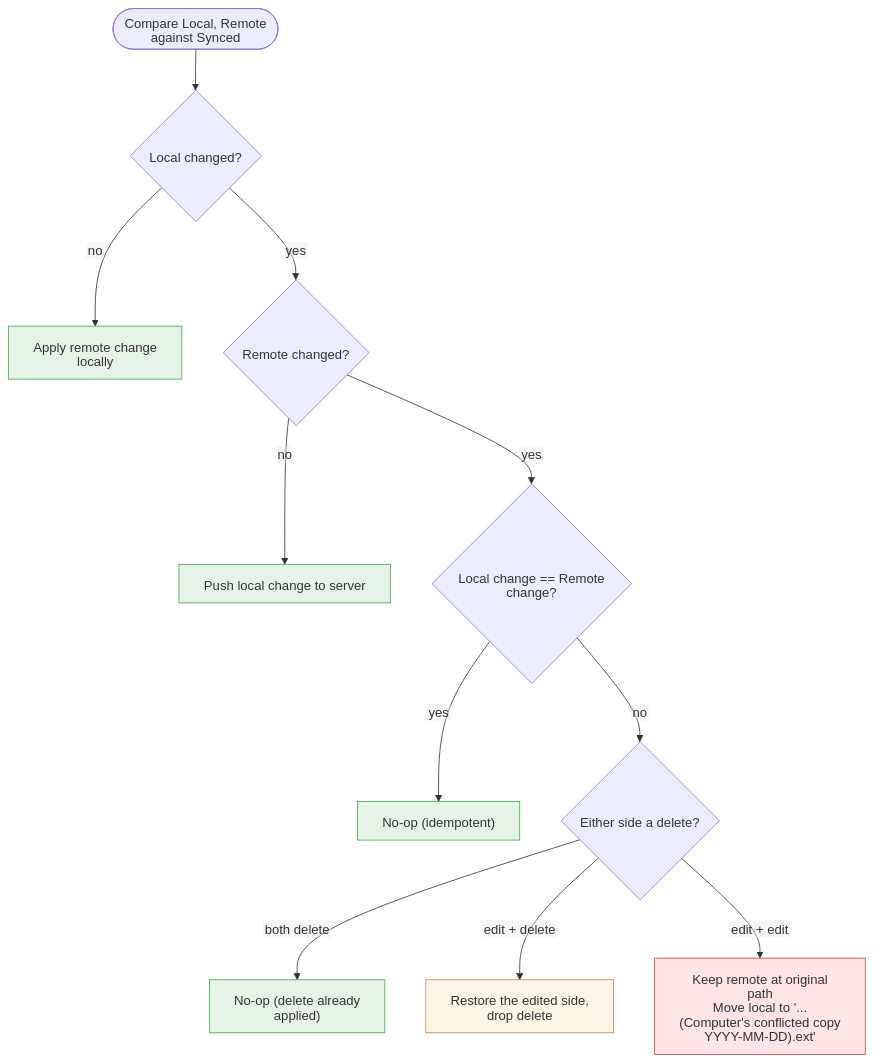
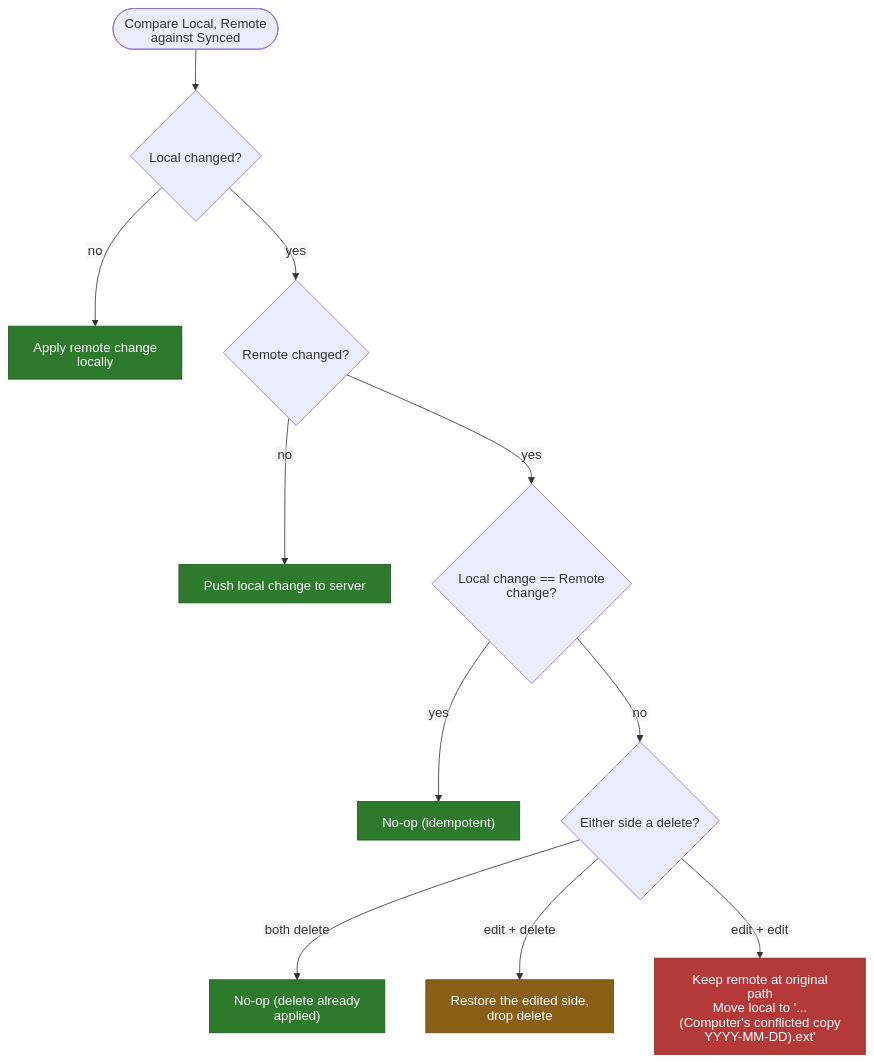
Before and after one commit to sujeet-pro/sujeet.pro: the diagram in content/articles/design-dropbox-file-sync/diagrams/conflict-resolution-decision.mermaid, drawn with Mermaid. The commit also changed 2813 other files, not shown here.

First line of the commit message:
feat: adopt pagesmith 0.11 + diagramkit 0.4 — upstream feed/sitemap/validators, optimized re-render, contrast gate ON

```diff
--- a/content/articles/design-dropbox-file-sync/diagrams/conflict-resolution-decision.mermaid
+++ b/content/articles/design-dropbox-file-sync/diagrams/conflict-resolution-decision.mermaid
@@ -1,21 +1,21 @@
 %% Diagram: Conflict resolution decision tree
 %% Type: flowchart
 %%{init: {'htmlLabels': false}}%%
 flowchart TB
     Start(["Compare Local, Remote against Synced"]) --> Q1{"Local changed?"}
     Q1 -- "no" --> ApplyR["Apply remote change locally"]
     Q1 -- "yes" --> Q2{"Remote changed?"}
     Q2 -- "no" --> ApplyL["Push local change to server"]
     Q2 -- "yes" --> Q3{"Local change == Remote change?"}
     Q3 -- "yes" --> Skip["No-op (idempotent)"]
     Q3 -- "no" --> Q4{"Either side a delete?"}
     Q4 -- "both delete" --> SkipD["No-op (delete already applied)"]
     Q4 -- "edit + delete" --> Restore["Restore the edited side, drop delete"]
     Q4 -- "edit + edit" --> Conflict["Keep remote at original path<br/>Move local to '... (Computer's conflicted copy YYYY-MM-DD).ext'"]
 
-    classDef ok fill:#e5f5e5,stroke:#44aa44
-    classDef warn fill:#fff5e5,stroke:#cc8844
-    classDef bad fill:#ffe5e5,stroke:#cc4444
+    classDef ok fill:#2D7A2D,stroke:#1E5A1E,color:#ffffff
+    classDef warn fill:#8B5E15,stroke:#6E4810,color:#ffffff
+    classDef bad fill:#B43A3A,stroke:#8E2828,color:#ffffff
     class ApplyR,ApplyL,Skip,SkipD ok
     class Restore warn
     class Conflict bad
```
